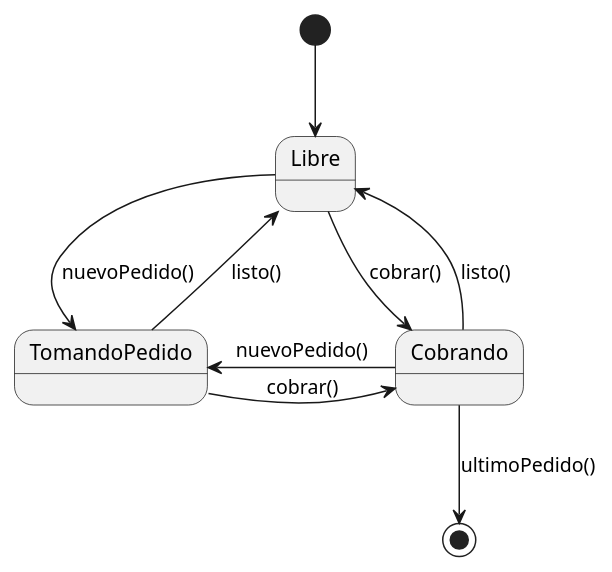
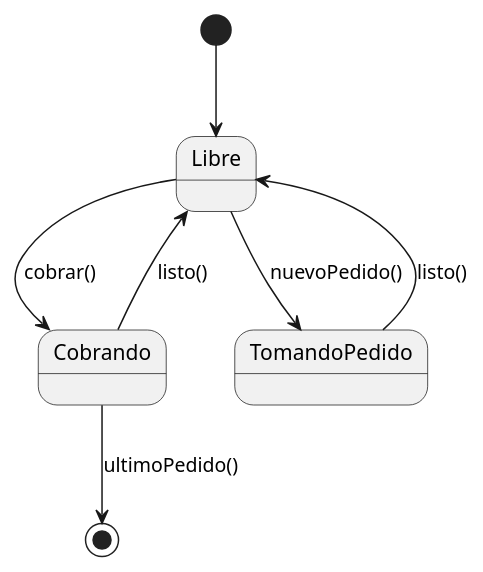
One commit to franciscolmos/PC-Ejercicios changed the diagram in TP-1/UML/encargado.puml. Above: the diagram before and after it, drawn with PlantUML. The commit also changed 12 other files, not shown here.

```diff
--- a/TP-1/UML/encargado.puml
+++ b/TP-1/UML/encargado.puml
@@ -1,10 +1,8 @@
 @startuml Encargado
     [*] --> Libre
     Libre --> Cobrando : cobrar()
     Libre --> TomandoPedido : nuevoPedido()
-    TomandoPedido -right-> Cobrando : cobrar()
     TomandoPedido --> Libre : listo()
     Cobrando -up-> Libre : listo()
-    Cobrando -right-> TomandoPedido : nuevoPedido()
     Cobrando --> [*] : ultimoPedido()
 @enduml
```
